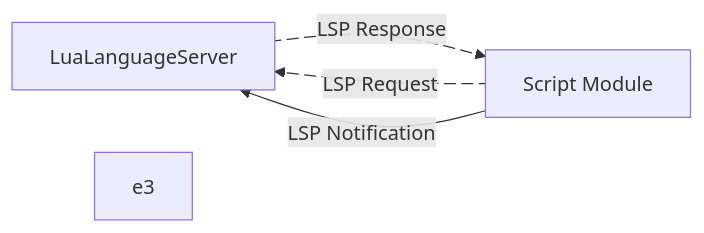
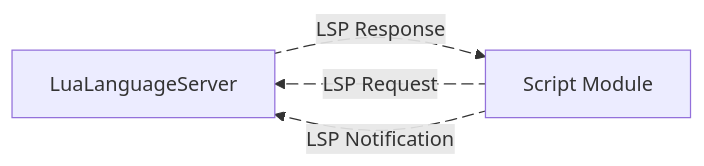
One commit to zyt20001205/UniComm2 changed the second of 2 diagrams in readme.md. Above: the diagram before and after it, drawn with Mermaid.

Commit message:
final testing: minor fix

````diff
--- a/readme.md
+++ b/readme.md
@@ -135,11 +135,11 @@
 ```mermaid
 flowchart LR
     luaLanguageServer[LuaLanguageServer]
     scriptModule[Script Module]
     luaLanguageServer e1@-->|LSP Response| scriptModule
     scriptModule e2@-->|LSP Request| luaLanguageServer
-    scriptModule e2@-->|LSP Notification| luaLanguageServer
+    scriptModule e3@-->|LSP Notification| luaLanguageServer
     e1@{ animate: true }
     e2@{ animate: true }
     e3@{ animate: true }
 ```
````
